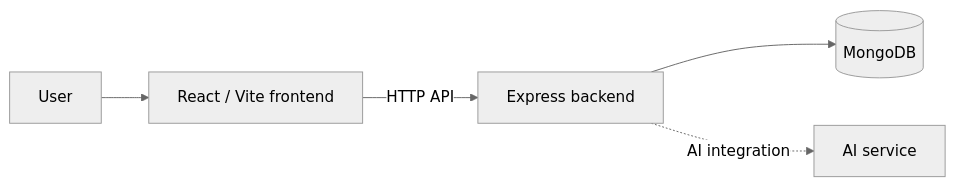
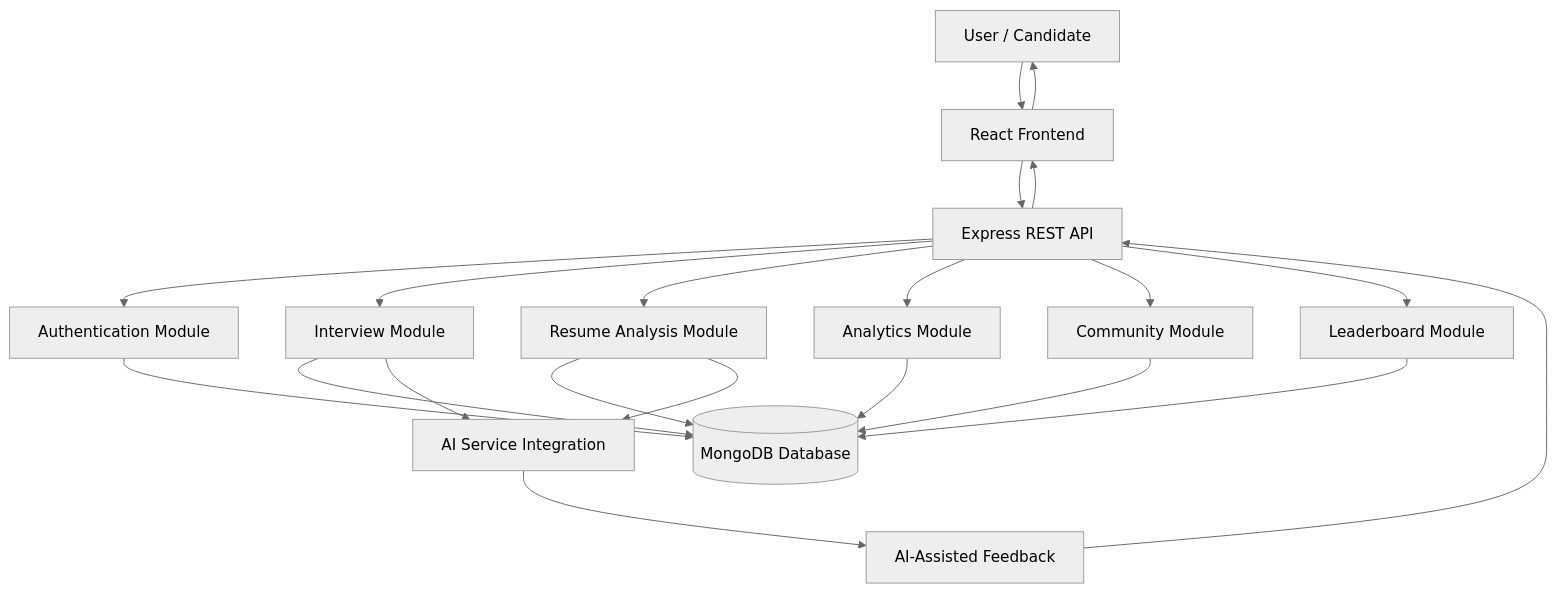
The first of 2 diagrams in README.md (ekluthakur/PlaceMentor), drawn with Mermaid (neutral theme) before and after one commit. The commit also changed other lines of this file, not shown here.

````diff
--- a/README.md
+++ b/README.md
@@ -53,7 +325,29 @@
 ```mermaid
-flowchart LR
-    U[User] --> F[React / Vite frontend]
-    F -->|HTTP API| B[Express backend]
-    B --> D[(MongoDB)]
-    B -. AI integration .-> A[AI service]
+flowchart TD
+    A[User / Candidate] --> B[React Frontend]
+
+    B --> C[Express REST API]
+
+    C --> D[Authentication Module]
+    C --> E[Interview Module]
+    C --> F[Resume Analysis Module]
+    C --> G[Analytics Module]
+    C --> H[Community Module]
+    C --> I[Leaderboard Module]
+
+    D --> J[(MongoDB Database)]
+    E --> J
+    F --> J
+    G --> J
+    H --> J
+    I --> J
+
+    E --> K[AI Service Integration]
+    F --> K
+
+    K --> L[AI-Assisted Feedback]
+
+    L --> C
+    C --> B
+    B --> A
 ```
````
